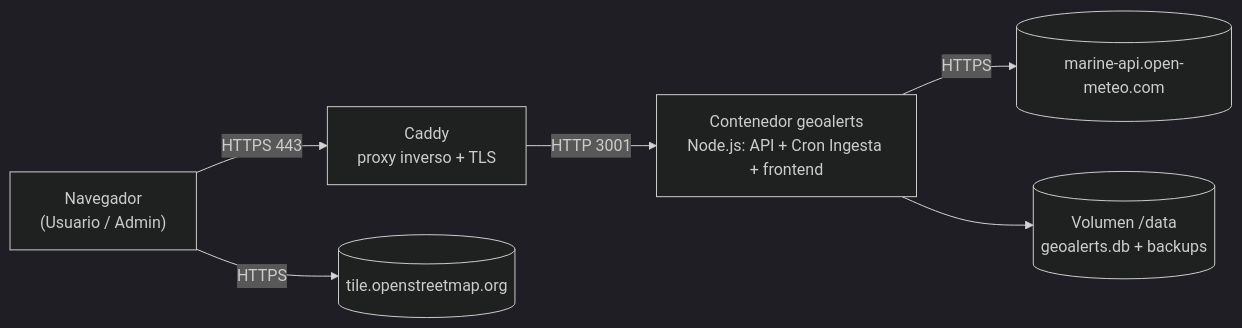
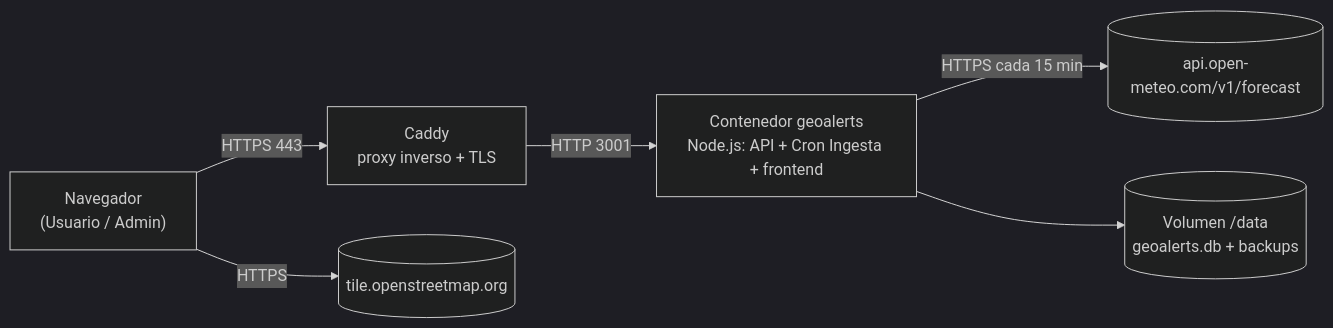
One commit to nachoo08/geoAlerts changed the seventh of 7 diagrams in docs/02-diseno-arquitectura.md. Above: the diagram before and after it, drawn with Mermaid (dark theme). The commit also changed other lines of this file and 17 other files, not shown here.

````diff
--- a/docs/02-diseno-arquitectura.md
+++ b/docs/02-diseno-arquitectura.md
@@ -791,8 +795,8 @@
 ```mermaid
 flowchart LR
     NAV["Navegador<br/>(Usuario / Admin)"] -- "HTTPS 443" --> CADDY["Caddy<br/>proxy inverso + TLS"]
     NAV -- "HTTPS" --> OSMT[("tile.openstreetmap.org")]
     CADDY -- "HTTP 3001" --> APP["Contenedor geoalerts<br/>Node.js: API + Cron Ingesta + frontend"]
-    APP -- "HTTPS" --> OM[("marine-api.open-meteo.com")]
+    APP -- "HTTPS cada 15 min" --> OM[("api.open-meteo.com/v1/forecast")]
     APP --> VOL[("Volumen /data<br/>geoalerts.db + backups")]
 ```
````
